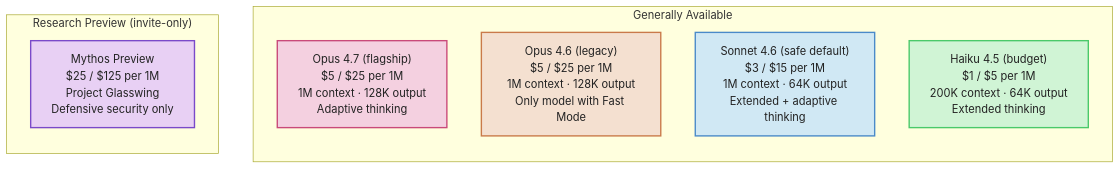
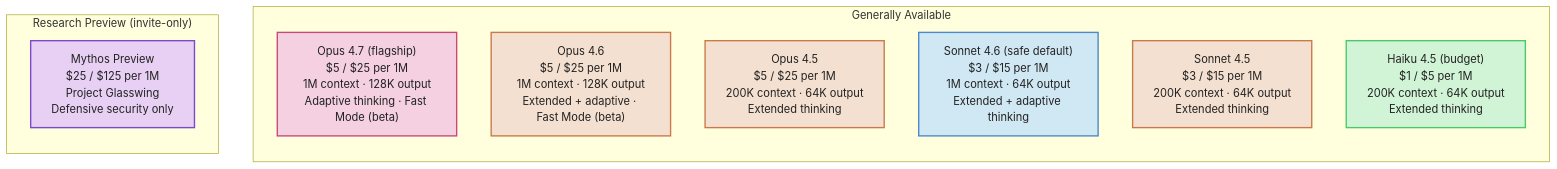
Before and after one commit to Sagargupta16/claude-cost-optimizer: the first of 5 diagrams in guides/diagrams.md, drawn with Mermaid. The commit also changed other lines of this file and 11 other files, not shown here.

First line of the commit message:
fix: refresh pricing, Fast Mode scope, retirement dates (2026-05-22) (#28)

````diff
--- a/guides/diagrams.md
+++ b/guides/diagrams.md
@@ -21,27 +21,29 @@
 ```mermaid
 flowchart TB
     subgraph GA["Generally Available"]
         direction TB
-        opus7["Opus 4.7 (flagship)<br/>$5 / $25 per 1M<br/>1M context · 128K output<br/>Adaptive thinking"]
-        opus6["Opus 4.6 (legacy)<br/>$5 / $25 per 1M<br/>1M context · 128K output<br/>Only model with Fast Mode"]
+        opus7["Opus 4.7 (flagship)<br/>$5 / $25 per 1M<br/>1M context · 128K output<br/>Adaptive thinking · Fast Mode (beta)"]
+        opus6["Opus 4.6<br/>$5 / $25 per 1M<br/>1M context · 128K output<br/>Extended + adaptive · Fast Mode (beta)"]
+        opus45["Opus 4.5<br/>$5 / $25 per 1M<br/>200K context · 64K output<br/>Extended thinking"]
         sonnet["Sonnet 4.6 (safe default)<br/>$3 / $15 per 1M<br/>1M context · 64K output<br/>Extended + adaptive thinking"]
+        sonnet45["Sonnet 4.5<br/>$3 / $15 per 1M<br/>200K context · 64K output<br/>Extended thinking"]
         haiku["Haiku 4.5 (budget)<br/>$1 / $5 per 1M<br/>200K context · 64K output<br/>Extended thinking"]
     end
 
     subgraph RP["Research Preview (invite-only)"]
         direction TB
         mythos["Mythos Preview<br/>$25 / $125 per 1M<br/>Project Glasswing<br/>Defensive security only"]
     end
 
     classDef flagship fill:#f4d0e0,stroke:#c94a7a,stroke-width:2px,color:#222
-    classDef legacy fill:#f4e0d0,stroke:#c97a4a,color:#222
+    classDef snapshot fill:#f4e0d0,stroke:#c97a4a,color:#222
     classDef default fill:#d0e8f4,stroke:#4a8ac9,stroke-width:2px,color:#222
     classDef budget fill:#d0f4d5,stroke:#4ac96a,color:#222
     classDef preview fill:#e8d0f4,stroke:#7a4ac9,color:#222
 
     class opus7 flagship
-    class opus6 legacy
+    class opus6,opus45,sonnet45 snapshot
     class sonnet default
     class haiku budget
     class mythos preview
 ```
````
